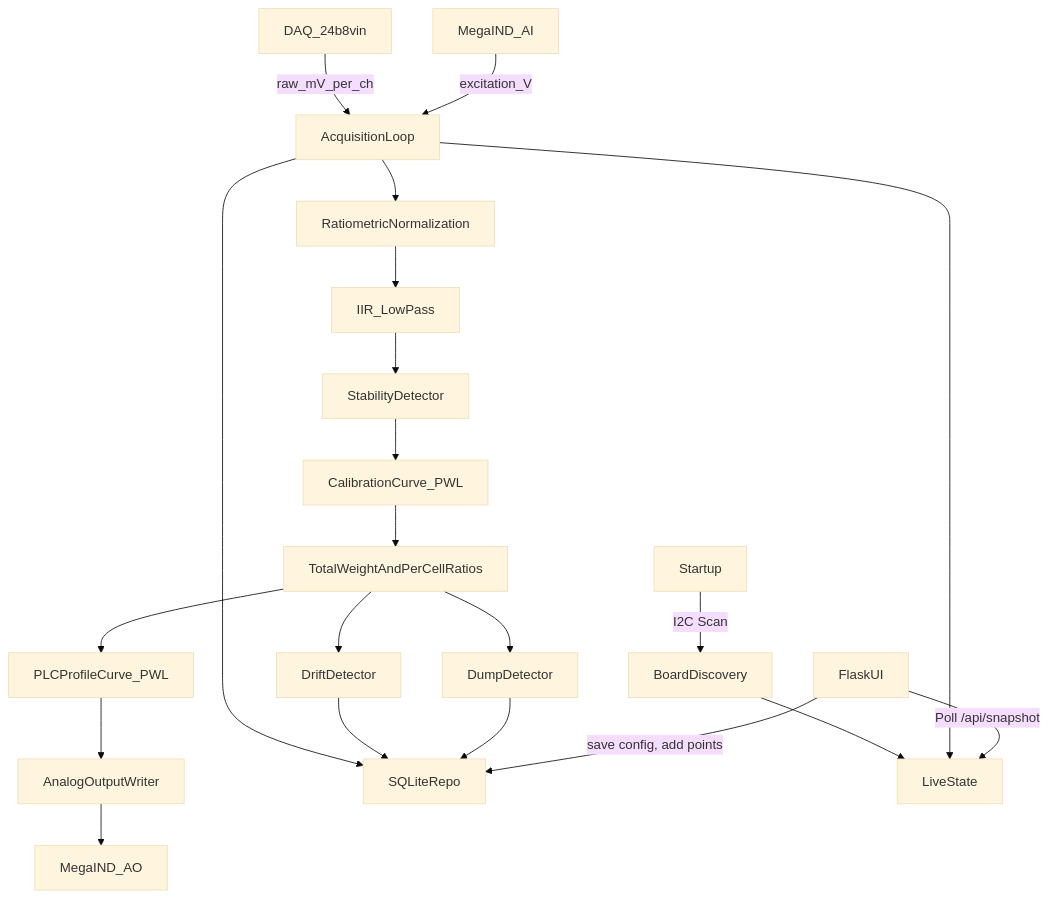
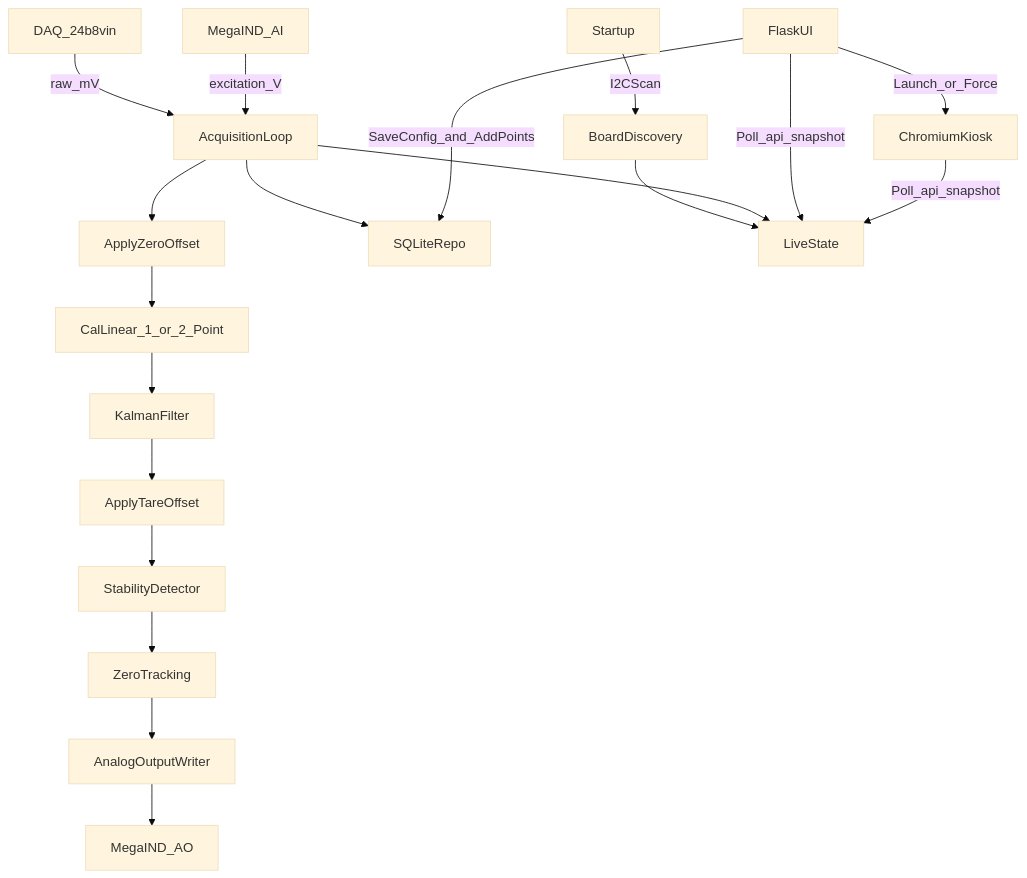
One commit to jlthompson0351/hoppers changed the diagram in docs/Architecture.md. Above: the diagram before and after it, drawn with Mermaid (base theme). The commit also changed other lines of this file and 135 other files, not shown here.

````diff
--- a/docs/Architecture.md
+++ b/docs/Architecture.md
@@ -106,23 +110,21 @@
 ```mermaid
 graph TD
-  Daq[DAQ_24b8vin] -->|raw_mV_per_ch| Acq[AcquisitionLoop]
-  ExcAI[MegaIND_AI] -->|excitation_V| Acq
-  Acq --> Norm[RatiometricNormalization]
-  Norm --> Filter[IIR_LowPass]
-  Filter --> Stable[StabilityDetector]
-  Stable --> Cal[CalibrationCurve_PWL]
-  Cal --> Total[TotalWeightAndPerCellRatios]
-  Total --> Drift[DriftDetector]
-  Total --> Dump[DumpDetector]
-  Total --> PlcMap[PLCProfileCurve_PWL]
-  PlcMap --> Out[AnalogOutputWriter]
-  Out --> MegaAO[MegaIND_AO]
-  Acq --> Repo[SQLiteRepo]
-  Drift --> Repo
-  Dump --> Repo
-  Startup[Startup] -->|I2C Scan| Discovery[BoardDiscovery]
-  Discovery --> State[LiveState]
-  Acq --> State
-  Flask[FlaskUI] -->|Poll /api/snapshot| State
-  Flask -->|save config, add points| Repo
+  daq[DAQ_24b8vin] -->|raw_mV| acq[AcquisitionLoop]
+  exc[MegaIND_AI] -->|excitation_V| acq
+  acq --> zeroOffset[ApplyZeroOffset]
+  zeroOffset --> calLinear[CalLinear_1_or_2_Point]
+  calLinear --> kalman[KalmanFilter]
+  kalman --> tare[ApplyTareOffset]
+  tare --> stable[StabilityDetector]
+  stable --> zeroTrack[ZeroTracking]
+  zeroTrack --> out[AnalogOutputWriter]
+  out --> megaAo[MegaIND_AO]
+  acq --> repo[SQLiteRepo]
+  startup[Startup] -->|I2CScan| discovery[BoardDiscovery]
+  discovery --> state[LiveState]
+  acq --> state
+  flask[FlaskUI] -->|Poll_api_snapshot| state
+  flask -->|SaveConfig_and_AddPoints| repo
+  flask -->|Launch_or_Force| kiosk[ChromiumKiosk]
+  kiosk -->|Poll_api_snapshot| state
 ```
````
